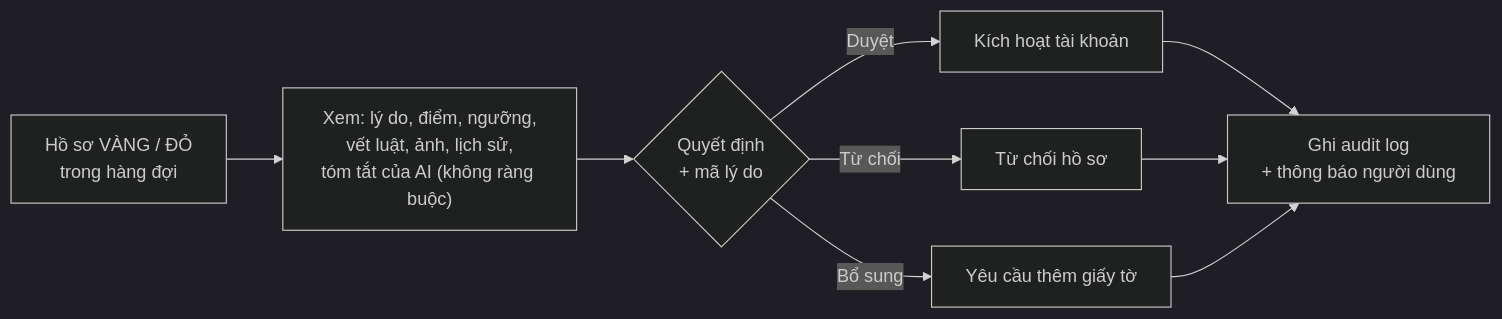
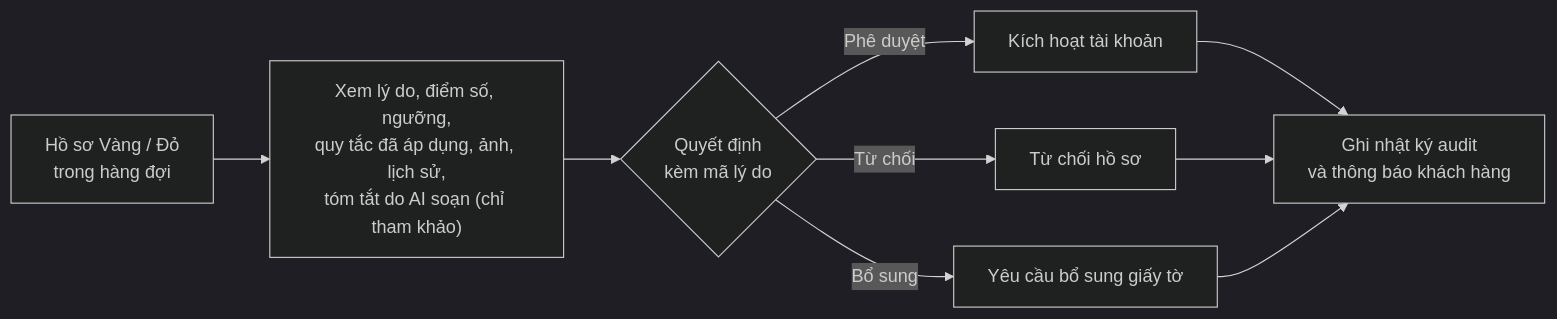
The third of 4 diagrams in README.md (shoxieje/T163-fintech-agentic-kyc-aml-prd), drawn with Mermaid (dark theme) before and after one commit. The commit also changed other lines of this file, not shown here.

````diff
--- a/README.md
+++ b/README.md
@@ -140,9 +152,9 @@
 ```mermaid
 flowchart LR
-  H["Hồ sơ VÀNG / ĐỎ<br/>trong hàng đợi"] --> V["Xem: lý do, điểm, ngưỡng,<br/>vết luật, ảnh, lịch sử,<br/>tóm tắt của AI (không ràng buộc)"]
-  V --> D{"Quyết định<br/>+ mã lý do"}
-  D -->|Duyệt| A1["Kích hoạt tài khoản"]
+  H["Hồ sơ Vàng / Đỏ<br/>trong hàng đợi"] --> V["Xem lý do, điểm số, ngưỡng,<br/>quy tắc đã áp dụng, ảnh, lịch sử,<br/>tóm tắt do AI soạn (chỉ tham khảo)"]
+  V --> D{"Quyết định<br/>kèm mã lý do"}
+  D -->|Phê duyệt| A1["Kích hoạt tài khoản"]
   D -->|Từ chối| A2["Từ chối hồ sơ"]
-  D -->|Bổ sung| A3["Yêu cầu thêm giấy tờ"]
-  A1 & A2 & A3 --> L["Ghi audit log<br/>+ thông báo người dùng"]
+  D -->|Bổ sung| A3["Yêu cầu bổ sung giấy tờ"]
+  A1 & A2 & A3 --> L["Ghi nhật ký audit<br/>và thông báo khách hàng"]
 ```
````
